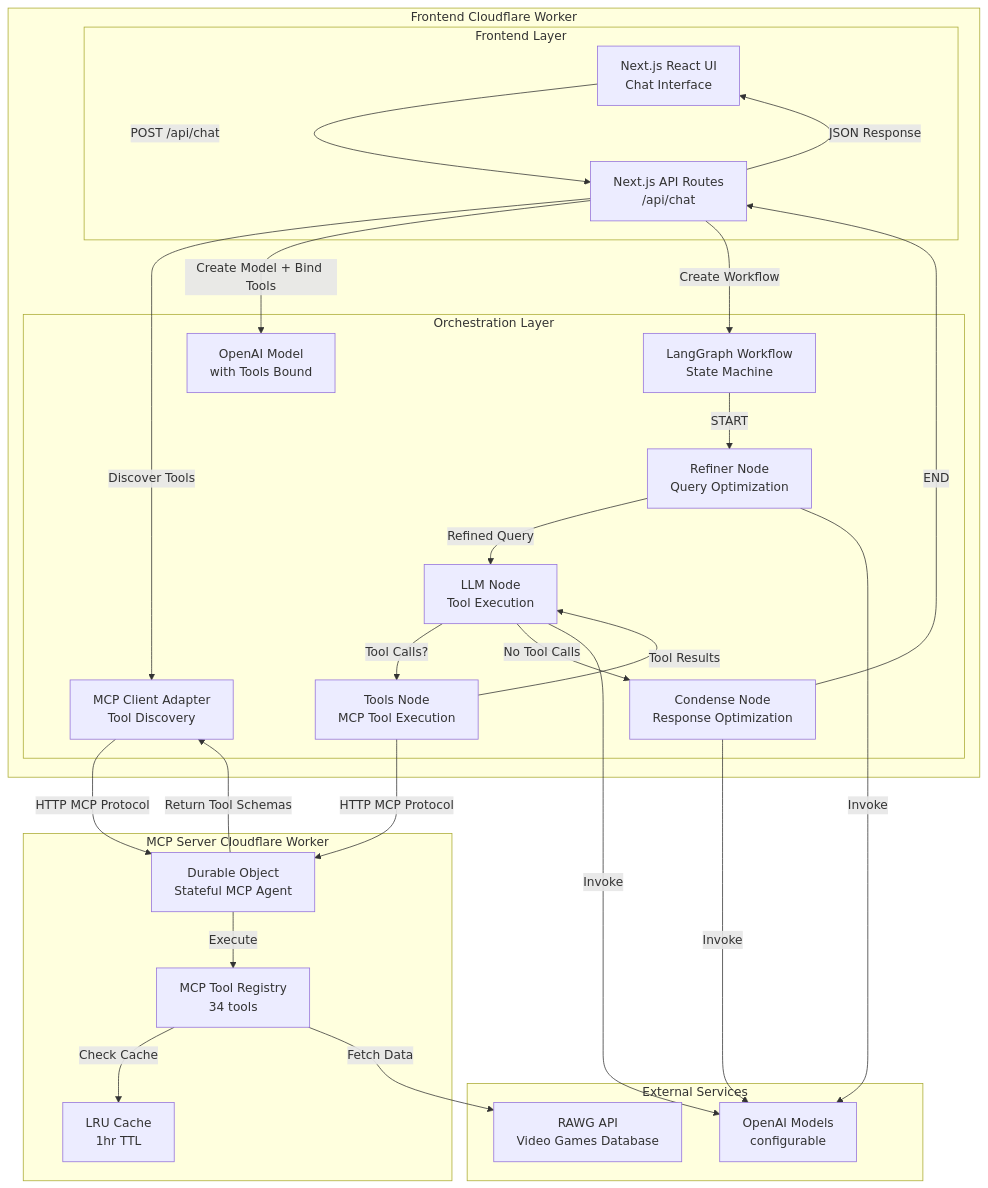
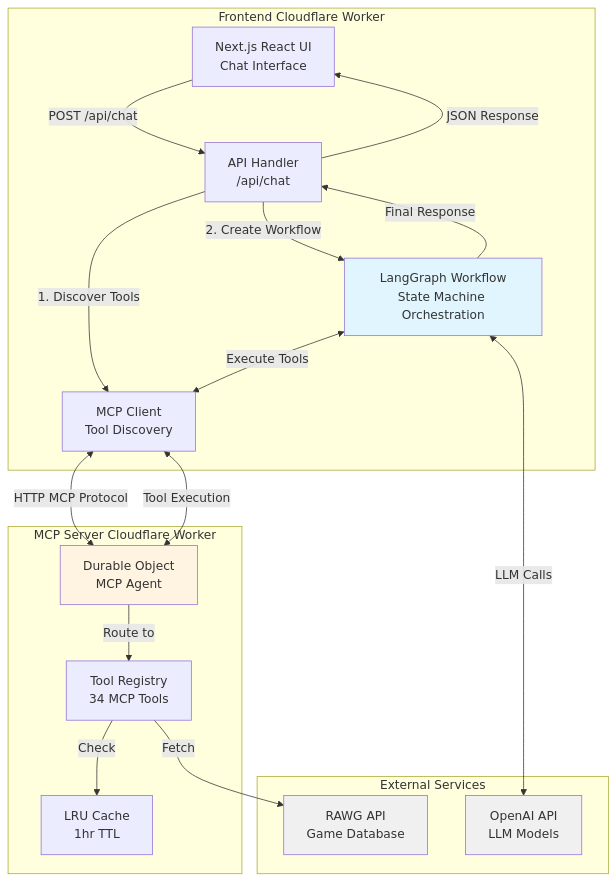
Before and after one commit to ShawnZong/amazing-game-analytics-ai-chatbot: the first of 3 diagrams in README.md, drawn with Mermaid. The commit also changed other lines of this file, not shown here.

Commit message:
refactor: update architecture diagrams and enhance LangGraph workflow details in README

````diff
--- a/README.md
+++ b/README.md
@@ -83,50 +83,38 @@
 ```mermaid
 graph TB
     subgraph "Frontend Cloudflare Worker"
-        subgraph "Frontend Layer"
-            UI[Next.js React UI<br/>Chat Interface]
-            API[Next.js API Routes<br/>/api/chat]
-        end
-        subgraph "Orchestration Layer"
-            MCP_CLIENT[MCP Client Adapter<br/>Tool Discovery]
-            MODEL[OpenAI Model<br/>with Tools Bound]
-            LG[LangGraph Workflow<br/>State Machine]
-            REFINER[Refiner Node<br/>Query Optimization]
-            LLM_NODE[LLM Node<br/>Tool Execution]
-            TOOLS_NODE[Tools Node<br/>MCP Tool Execution]
-            CONDENSE[Condense Node<br/>Response Optimization]
-        end
+        UI[Next.js React UI<br/>Chat Interface]
+        API[API Handler<br/>/api/chat]
+        MCP_CLIENT[MCP Client<br/>Tool Discovery]
+        WORKFLOW[LangGraph Workflow<br/>State Machine Orchestration]
     end
 
     subgraph "MCP Server Cloudflare Worker"
-        DO[Durable Object<br/>Stateful MCP Agent]
-        TOOLS[MCP Tool Registry<br/>34 tools]
+        DO[Durable Object<br/>MCP Agent]
+        TOOLS[Tool Registry<br/>34 MCP Tools]
         CACHE[LRU Cache<br/>1hr TTL]
     end
 
     subgraph "External Services"
-        LLM[OpenAI Models<br/>configurable]
-        RAWG[RAWG API<br/>Video Games Database]
+        LLM[OpenAI API<br/>LLM Models]
+        RAWG[RAWG API<br/>Game Database]
     end
 
     UI -->|POST /api/chat| API
-    API -->|Discover Tools| MCP_CLIENT
-    MCP_CLIENT -->|HTTP MCP Protocol| DO
-    DO -->|Return Tool Schemas| MCP_CLIENT
-    API -->|Create Model + Bind Tools| MODEL
-    API -->|Create Workflow| LG
-    LG -->|START| REFINER
-    REFINER -->|Refined Query| LLM_NODE
-    LLM_NODE -->|Tool Calls?| TOOLS_NODE
-    TOOLS_NODE -->|HTTP MCP Protocol| DO
-    DO -->|Execute| TOOLS
-    TOOLS -->|Check Cache| CACHE
-    TOOLS -->|Fetch Data| RAWG
-    TOOLS_NODE -->|Tool Results| LLM_NODE
-    LLM_NODE -->|No Tool Calls| CONDENSE
-    CONDENSE -->|END| API
-    LLM_NODE -->|Invoke| LLM
-    REFINER -->|Invoke| LLM
-    CONDENSE -->|Invoke| LLM
+    API -->|1. Discover Tools| MCP_CLIENT
+    MCP_CLIENT <-->|HTTP MCP Protocol| DO
+    API -->|2. Create Workflow| WORKFLOW
+    WORKFLOW <-->|Execute Tools| MCP_CLIENT
+    WORKFLOW <-->|LLM Calls| LLM
+    MCP_CLIENT <-->|Tool Execution| DO
+    DO -->|Route to| TOOLS
+    TOOLS -->|Check| CACHE
+    TOOLS -->|Fetch| RAWG
+    WORKFLOW -->|Final Response| API
     API -->|JSON Response| UI
+
+    style WORKFLOW fill:#e1f5ff
+    style DO fill:#fff4e1
+    style LLM fill:#f0f0f0
+    style RAWG fill:#f0f0f0
 ```
````
